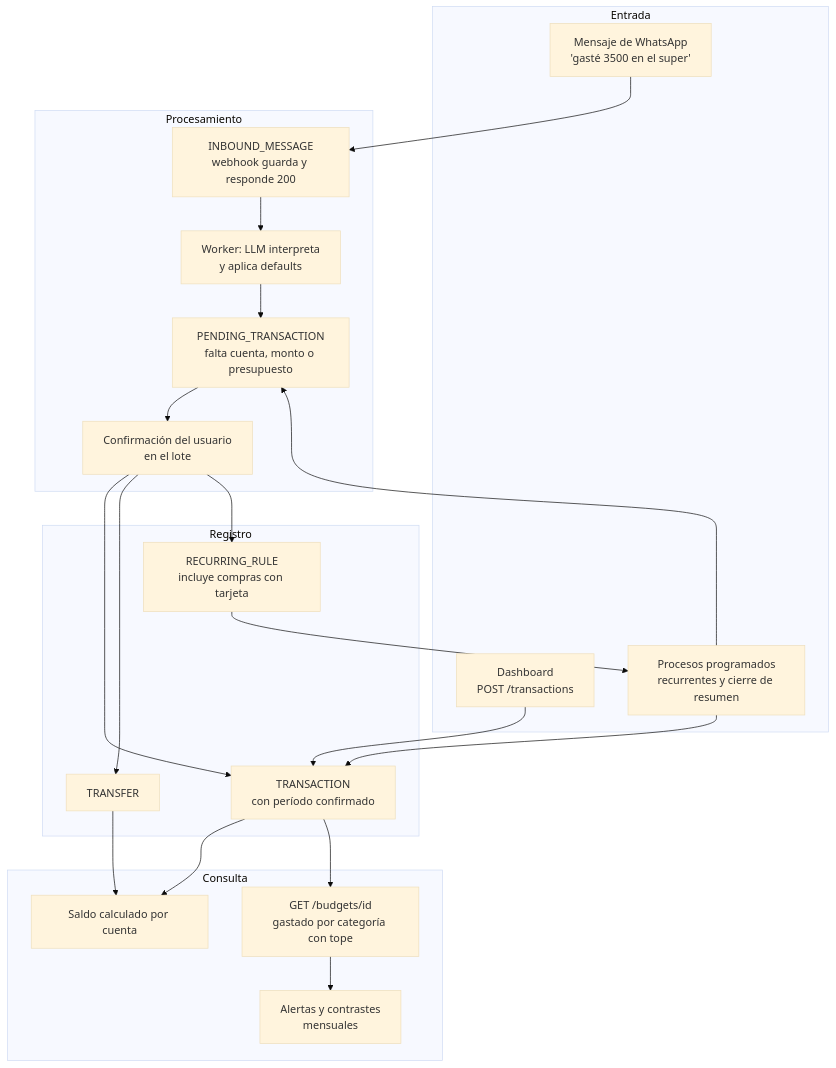
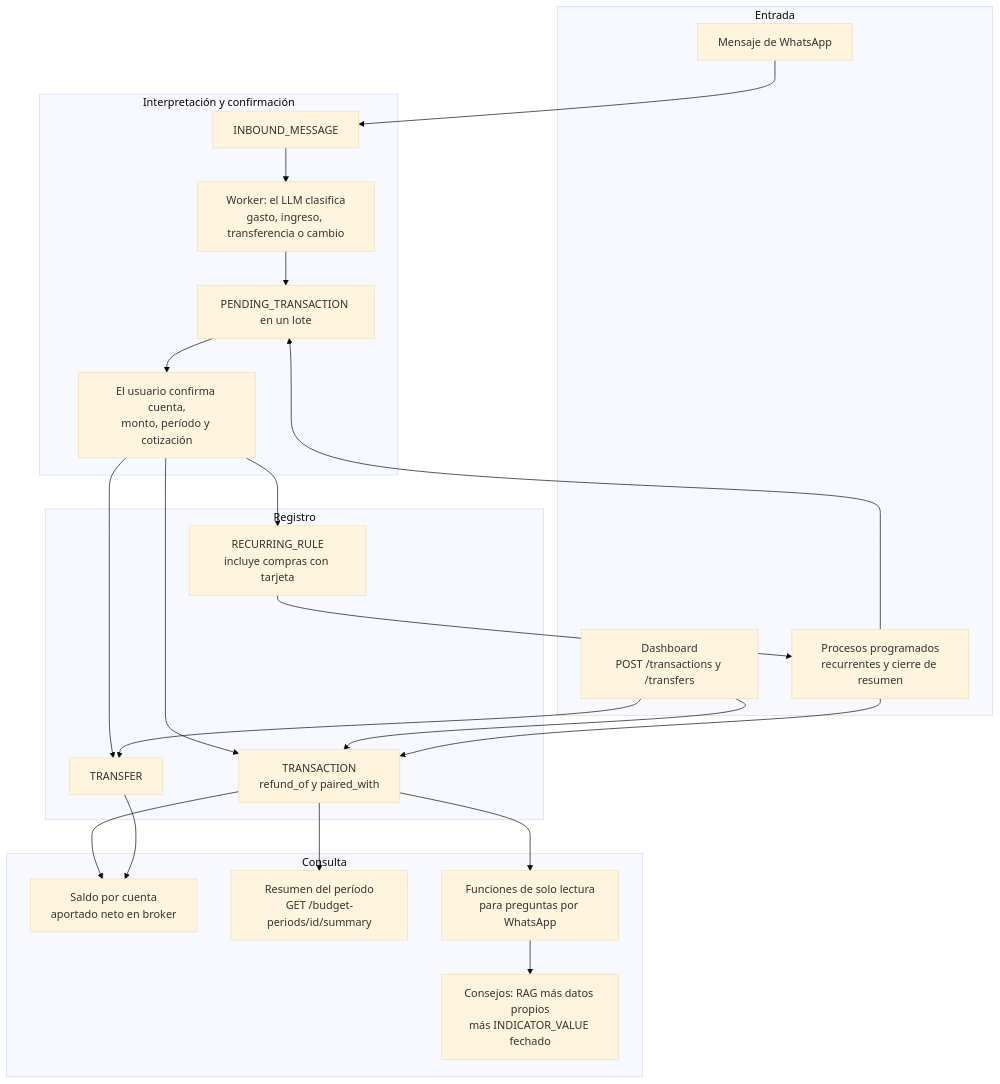
Before and after one commit to verozacarias-prog/AI4Devs-finalproject: the first of 2 diagrams in docs/use-case-walkthrough.md, drawn with Mermaid (base theme). The commit also changed other lines of this file and 3 other files, not shown here.

Commit message:
docs: segunda validación por casos de uso, con actividades, inversiones y educación

````diff
--- a/docs/use-case-walkthrough.md
+++ b/docs/use-case-walkthrough.md
@@ -116,36 +96,39 @@
 ```mermaid
 flowchart TB
     subgraph ENTRADA["Entrada"]
-        WA["Mensaje de WhatsApp<br/>'gasté 3500 en el super'"]
-        DASH["Dashboard<br/>POST /transactions"]
+        WA["Mensaje de WhatsApp"]
+        DASH["Dashboard<br/>POST /transactions y /transfers"]
         CRON["Procesos programados<br/>recurrentes y cierre de resumen"]
     end
-    subgraph PROCESO["Procesamiento"]
-        INB["INBOUND_MESSAGE<br/>webhook guarda y responde 200"]
-        WK["Worker: LLM interpreta<br/>y aplica defaults"]
-        PEND["PENDING_TRANSACTION<br/>falta cuenta, monto o presupuesto"]
-        CONF["Confirmación del usuario<br/>en el lote"]
+    subgraph PROCESO["Interpretación y confirmación"]
+        INB["INBOUND_MESSAGE"]
+        WK["Worker: el LLM clasifica<br/>gasto, ingreso, transferencia o cambio"]
+        PEND["PENDING_TRANSACTION en un lote"]
+        CONF["El usuario confirma cuenta,<br/>monto, período y cotización"]
     end
     subgraph DATOS["Registro"]
-        TX["TRANSACTION<br/>con período confirmado"]
+        TX["TRANSACTION<br/>refund_of y paired_with"]
         TR["TRANSFER"]
         RR["RECURRING_RULE<br/>incluye compras con tarjeta"]
     end
     subgraph LECTURA["Consulta"]
-        SALDO["Saldo calculado por cuenta"]
-        BUD["GET /budgets/id<br/>gastado por categoría con tope"]
-        ALERT["Alertas y contrastes<br/>mensuales"]
+        SALDO["Saldo por cuenta<br/>aportado neto en broker"]
+        SUM["Resumen del período<br/>GET /budget-periods/id/summary"]
+        FN["Funciones de solo lectura<br/>para preguntas por WhatsApp"]
+        ADV["Consejos: RAG más datos propios<br/>más INDICATOR_VALUE fechado"]
     end
     WA --> INB --> WK --> PEND --> CONF
     CONF --> TX
     CONF --> TR
     CONF --> RR
     DASH --> TX
+    DASH --> TR
+    RR --> CRON
     CRON --> TX
     CRON --> PEND
-    RR --> CRON
     TX --> SALDO
     TR --> SALDO
-    TX --> BUD
-    BUD --> ALERT
+    TX --> SUM
+    TX --> FN
+    FN --> ADV
 ```
````
